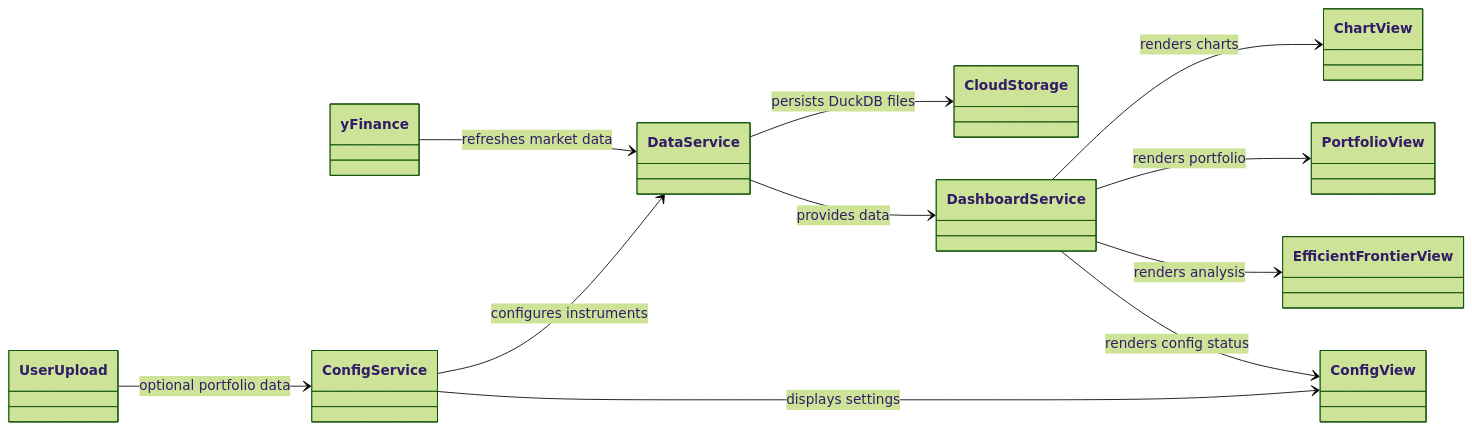
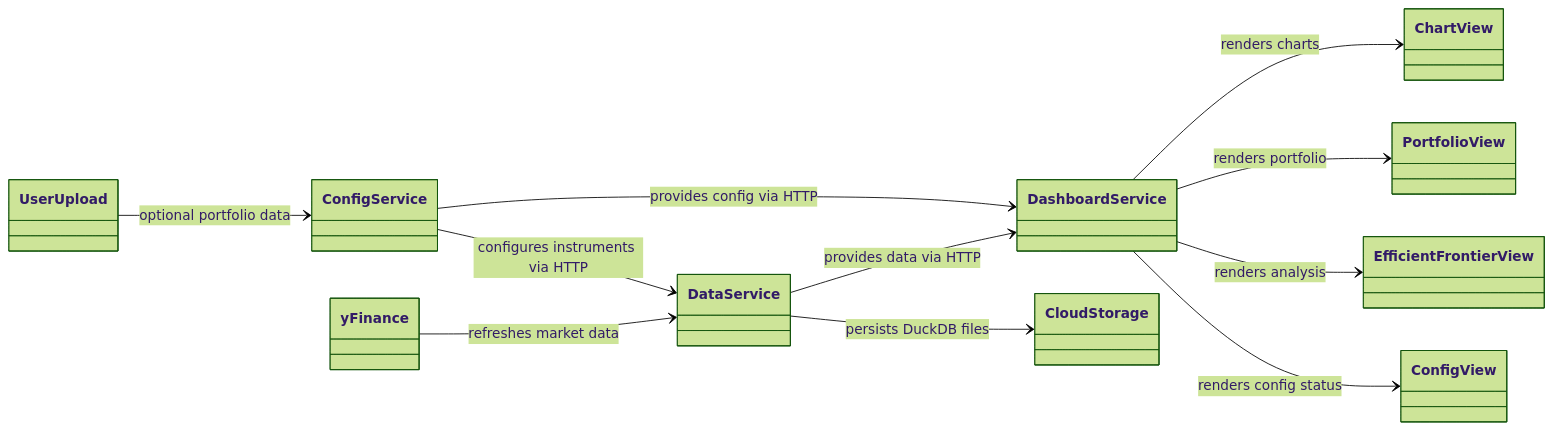
One commit to bobatgit/stonkulator changed the diagram in docs/stonkulator-design-document.md. Above: the diagram before and after it, drawn with Mermaid (forest theme). The commit also changed other lines of this file and 4 other files, not shown here.

````diff
--- a/docs/stonkulator-design-document.md
+++ b/docs/stonkulator-design-document.md
@@ -58,15 +58,15 @@
 ```mermaid
 classDiagram
   direction LR
   User Upload --> Config Service : optional portfolio data
-  Config Service --> Data Service : configures instruments
-  Config Service --> Config View : displays settings
+  Config Service --> Data Service : configures instruments via HTTP
+  Config Service --> Dashboard Service : provides config via HTTP
   yFinance --> Data Service : refreshes market data
   Data Service --> Cloud Storage : persists DuckDB files
-  Data Service --> Dashboard Service : provides data
+  Data Service --> Dashboard Service : provides data via HTTP
   Dashboard Service --> Chart View : renders charts
   Dashboard Service --> Portfolio View : renders portfolio
   Dashboard Service --> Efficient Frontier View : renders analysis
   Dashboard Service --> Config View : renders config status
 
 ```
````
